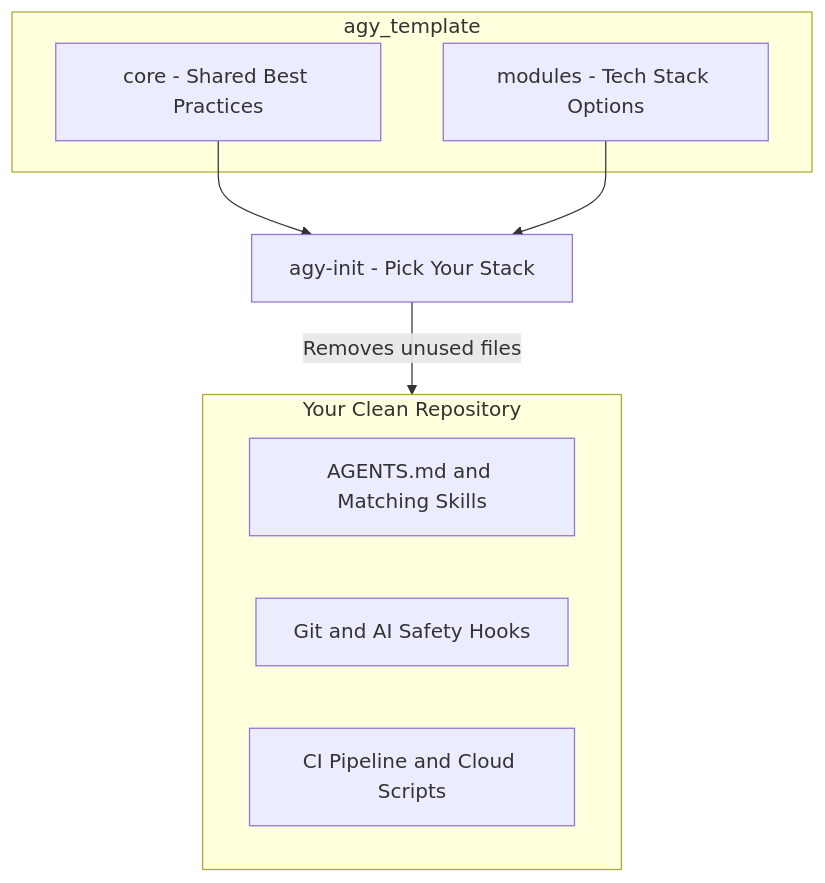
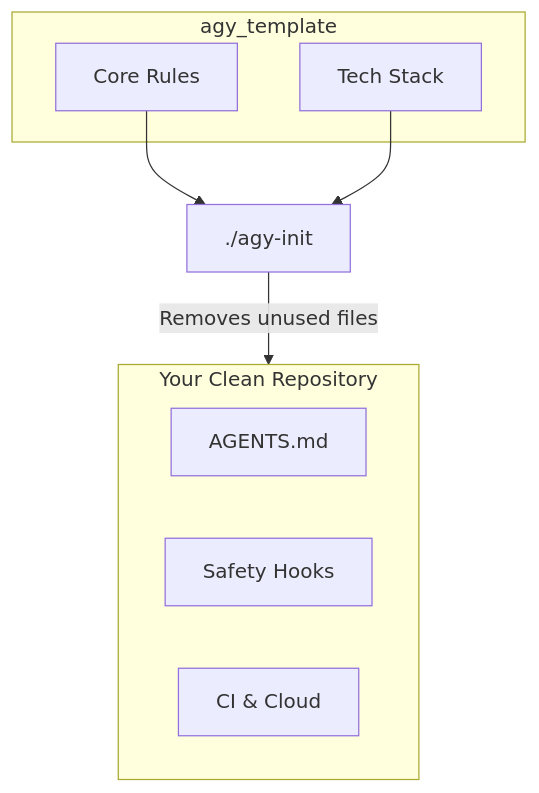
The diagram in README.md (patricio-navarro/agy_template), drawn with Mermaid before and after one commit.

Commit message:
docs: shorten README Mermaid node labels to prevent clipping

````diff
--- a/README.md
+++ b/README.md
@@ -11,19 +11,19 @@
 ```mermaid
 flowchart TD
     subgraph Source["agy_template"]
-        Core["core - Shared Best Practices"]
-        Catalog["modules - Tech Stack Options"]
+        Core["Core Rules"]
+        Catalog["Tech Stack"]
     end
 
-    Init["agy-init - Pick Your Stack"]
+    Init["./agy-init"]
 
     subgraph Project["Your Clean Repository"]
-        Skills["AGENTS.md and Matching Skills"]
-        Hooks["Git and AI Safety Hooks"]
-        Pipelines["CI Pipeline and Cloud Scripts"]
+        Skills["AGENTS.md"]
+        Hooks["Safety Hooks"]
+        Pipelines["CI & Cloud"]
     end
 
     Core --> Init
     Catalog --> Init
     Init -->|"Removes unused files"| Project
 ```
````
